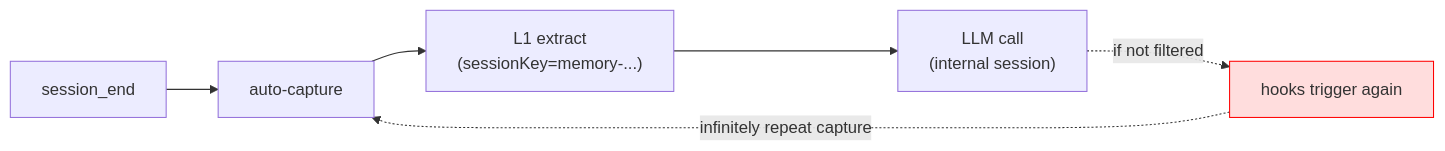
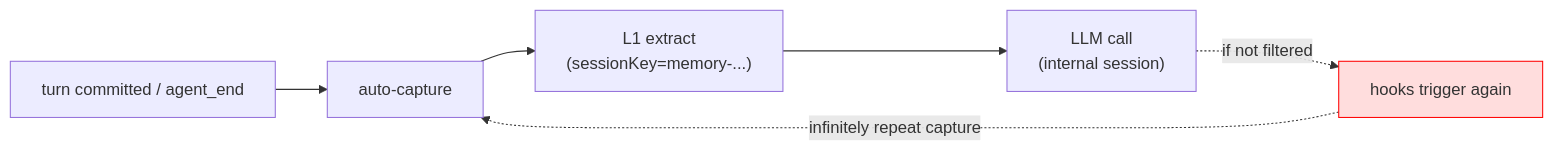
One commit to PorunC/interview changed the third of 6 diagrams in 问题/05-英文面试/Agent-Memory-专项面试深挖-英文.md. Above: the diagram before and after it, drawn with Mermaid. The commit also changed other lines of this file and 27 other files, not shown here.

````diff
--- a/问题/05-英文面试/Agent-Memory-专项面试深挖-英文.md
+++ b/问题/05-英文面试/Agent-Memory-专项面试深挖-英文.md
@@ -432,10 +308,10 @@
 ```mermaid
 flowchart LR
-    A["session_end"] --> B["auto-capture"]
+    A["turn committed / agent_end"] --> B["auto-capture"]
     B --> C["L1 extract<br/>(sessionKey=memory-...)"]
     C --> D["LLM call<br/>(internal session)"]
     D -. "if not filtered" .-> E["hooks trigger again"]
     E -. "infinitely repeat capture" .-> B
 
     style E fill:#fdd,stroke:#f00
 ```
````
